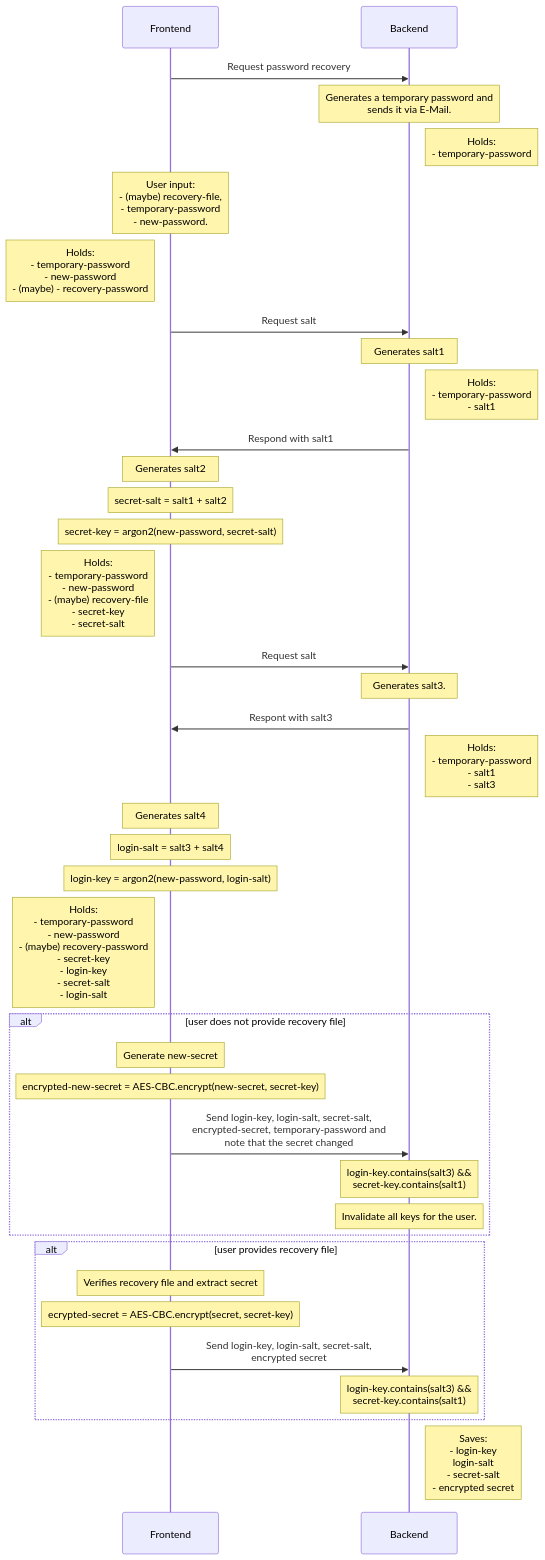
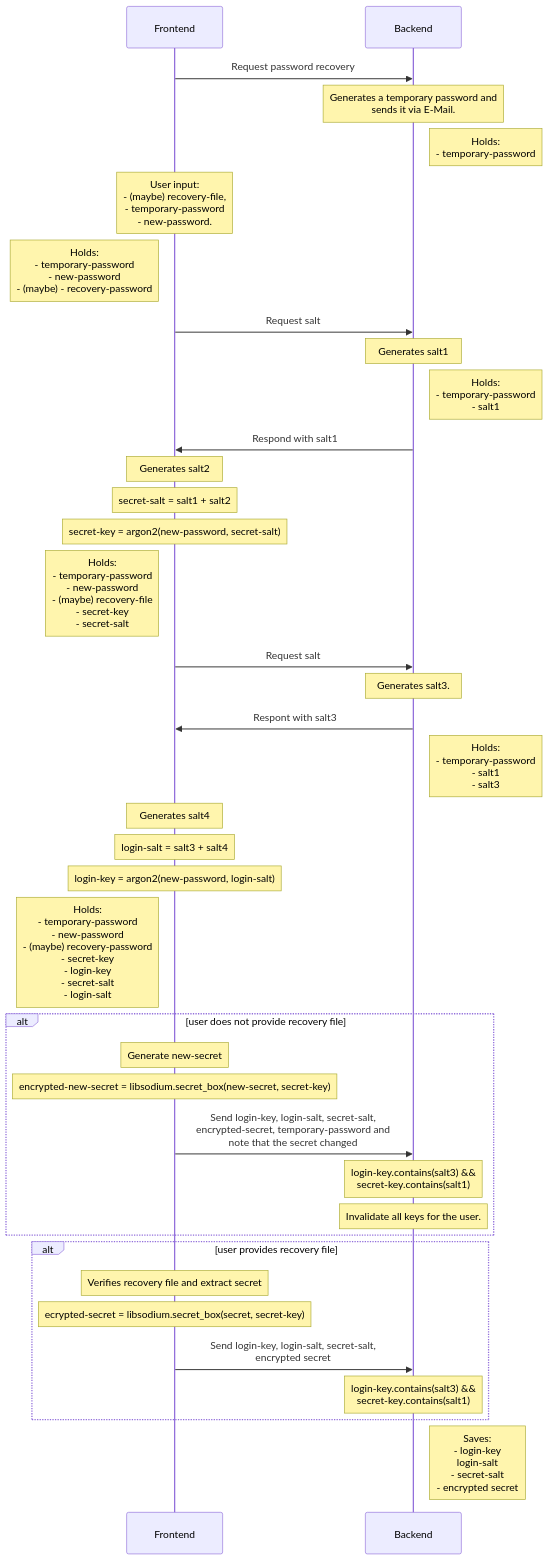
The tenth of 10 diagrams in sequence.md (Tinkerforge/esp32-remote-access), drawn with Mermaid before and after one commit. The commit also changed other lines of this file, not shown here.

Commit message:
update sequence.md to libsodium usage.

````diff
--- a/sequence.md
+++ b/sequence.md
@@ -243,52 +243,52 @@
 ```mermaid
 sequenceDiagram
     Frontend->>Backend: Request password recovery
     Note over Backend: Generates a temporary password and <br> sends it via E-Mail.
     Note right of Backend: Holds: <br> - temporary-password
 
     Note over Frontend: User input: <br> - (maybe) recovery-file, <br> - temporary-password <br> - new-password.
 
     Note left of Frontend: Holds: <br> - temporary-password <br> - new-password <br> - (maybe) - recovery-password
 
     Frontend->>Backend: Request salt
     Note over Backend: Generates salt1
     Note right of Backend: Holds: <br> - temporary-password <br> - salt1
     Backend->>Frontend: Respond with salt1
 
     Note over Frontend: Generates salt2
     Note over Frontend: secret-salt = salt1 + salt2
     Note over Frontend: secret-key = argon2(new-password, secret-salt)
 
     Note left of Frontend: Holds: <br> - temporary-password <br> - new-password <br> - (maybe) recovery-file <br> - secret-key <br> - secret-salt
 
     Frontend->>Backend: Request salt
     Note over Backend: Generates salt3.
     Backend->>Frontend: Respont with salt3
 
     Note right of Backend: Holds: <br> - temporary-password <br> - salt1 <br> - salt3
 
     Note over Frontend: Generates salt4
     Note over Frontend: login-salt = salt3 + salt4
     Note over Frontend: login-key = argon2(new-password, login-salt)
 
     Note left of Frontend: Holds: <br> - temporary-password <br> - new-password <br> - (maybe) recovery-password <br> - secret-key <br> - login-key <br> - secret-salt <br> - login-salt
 
     alt user does not provide recovery file
         Note over Frontend: Generate new-secret
-        Note over Frontend: encrypted-new-secret = AES-CBC.encrypt(new-secret, secret-key)
+        Note over Frontend: encrypted-new-secret = libsodium.secret_box(new-secret, secret-key)
 
         Frontend->>Backend: Send login-key, login-salt, secret-salt, <br> encrypted-secret, temporary-password and <br> note that the secret changed
 
         Note over Backend: login-key.contains(salt3) && <br> secret-key.contains(salt1)
         Note over Backend: Invalidate all keys for the user.
     end
 
     alt user provides recovery file
         Note over Frontend: Verifies recovery file and extract secret
-        Note over Frontend: ecrypted-secret = AES-CBC.encrypt(secret, secret-key)
+        Note over Frontend: ecrypted-secret = libsodium.secret_box(secret, secret-key)
         Frontend->>Backend: Send login-key, login-salt, secret-salt, <br> encrypted secret
 
         Note over Backend: login-key.contains(salt3) && <br> secret-key.contains(salt1)
     end
     Note right of Backend: Saves: <br> - login-key <br> login-salt <br> - secret-salt <br> - encrypted secret
 ```
````
